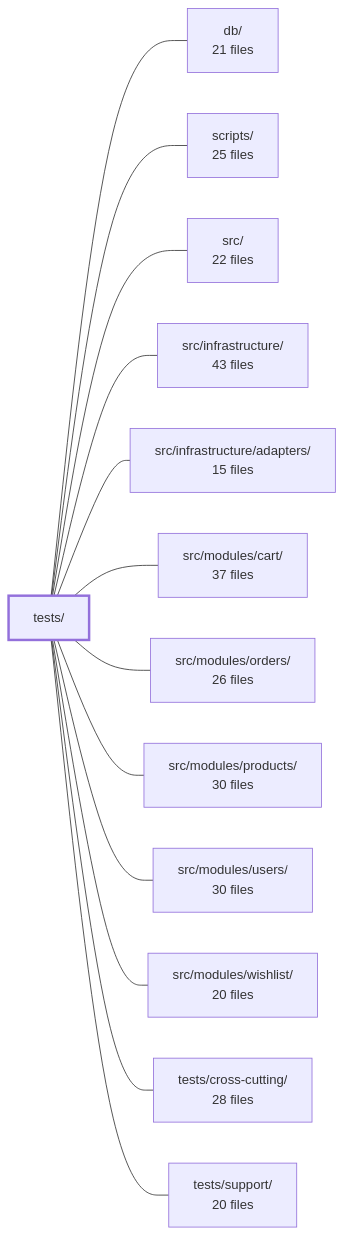
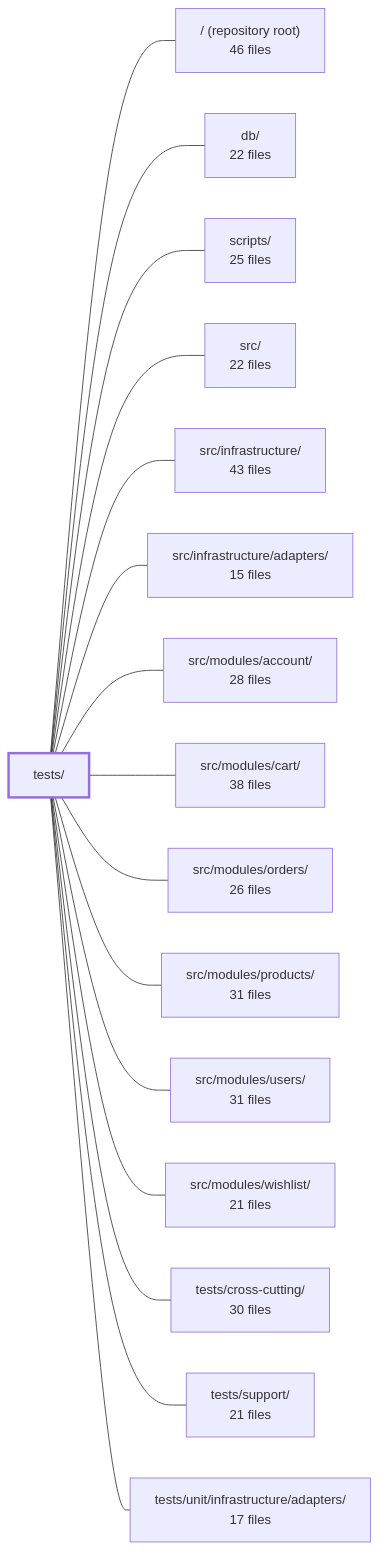
The diagram in .2repo/modules/boilerplate-node-backend_tests.md (Guebbit/boilerplate-node-backend), drawn with Mermaid before and after one commit. The commit also changed other lines of this file and 302 other files, not shown here.

First line of the commit message:
chore(2repo): refresh repo context, wiki, and architecture snapshots

````diff
--- a/.2repo/modules/boilerplate-node-backend_tests.md
+++ b/.2repo/modules/boilerplate-node-backend_tests.md
@@ -45,29 +49,35 @@
 ```mermaid
 flowchart LR
     m_tests["tests/"]
-    m_db["db/<br/>21 files"]
+    m_root["/ (repository root)<br/>46 files"]
+    m_db["db/<br/>22 files"]
     m_scripts["scripts/<br/>25 files"]
     m_src["src/<br/>22 files"]
     m_src_infrastructure["src/infrastructure/<br/>43 files"]
     m_src_infrastructure_adapters["src/infrastructure/adapters/<br/>15 files"]
-    m_src_modules_cart["src/modules/cart/<br/>37 files"]
+    m_src_modules_account["src/modules/account/<br/>28 files"]
+    m_src_modules_cart["src/modules/cart/<br/>38 files"]
     m_src_modules_orders["src/modules/orders/<br/>26 files"]
-    m_src_modules_products["src/modules/products/<br/>30 files"]
-    m_src_modules_users["src/modules/users/<br/>30 files"]
-    m_src_modules_wishlist["src/modules/wishlist/<br/>20 files"]
-    m_tests_cross_cutting["tests/cross-cutting/<br/>28 files"]
-    m_tests_support["tests/support/<br/>20 files"]
+    m_src_modules_products["src/modules/products/<br/>31 files"]
+    m_src_modules_users["src/modules/users/<br/>31 files"]
+    m_src_modules_wishlist["src/modules/wishlist/<br/>21 files"]
+    m_tests_cross_cutting["tests/cross-cutting/<br/>30 files"]
+    m_tests_support["tests/support/<br/>21 files"]
+    m_tests_unit_infrastructure_adapters["tests/unit/infrastructure/adapters/<br/>17 files"]
+    m_tests --- m_root
     m_tests --- m_db
     m_tests --- m_scripts
     m_tests --- m_src
     m_tests --- m_src_infrastructure
     m_tests --- m_src_infrastructure_adapters
+    m_tests --- m_src_modules_account
     m_tests --- m_src_modules_cart
     m_tests --- m_src_modules_orders
     m_tests --- m_src_modules_products
     m_tests --- m_src_modules_users
     m_tests --- m_src_modules_wishlist
     m_tests --- m_tests_cross_cutting
     m_tests --- m_tests_support
+    m_tests --- m_tests_unit_infrastructure_adapters
     style m_tests stroke-width:3px
 ```
````
